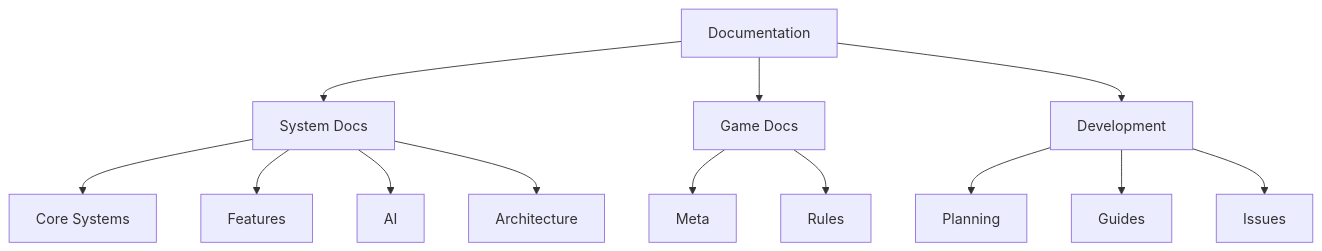
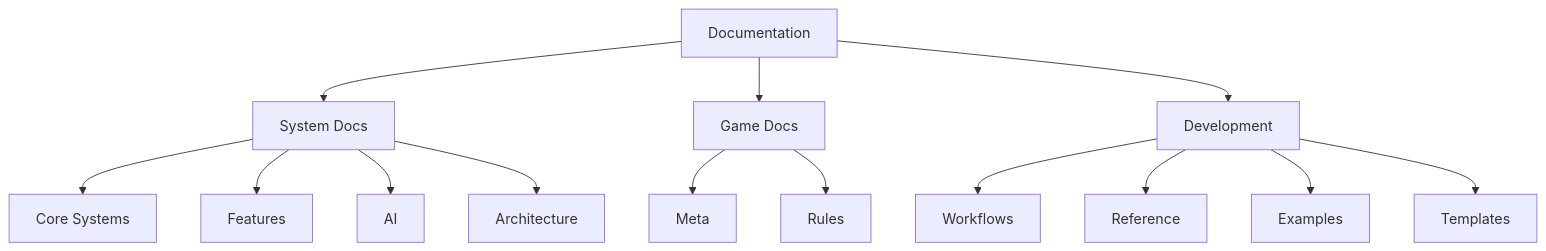
Before and after one commit to jerseycheese/BootHillGM: the diagram in Docs/index.md, drawn with Mermaid. The commit also changed other lines of this file and 35 other files, not shown here.

````diff
--- a/Docs/index.md
+++ b/Docs/index.md
@@ -85,15 +85,16 @@
 ```mermaid
 graph TD
     A[Documentation] --> B[System Docs]
     A --> C[Game Docs]
     A --> D[Development]
     B --> E[Core Systems]
     B --> F[Features]
     B --> G[AI]
     B --> H[Architecture]
     C --> I[Meta]
     C --> J[Rules]
-    D --> K[Planning]
-    D --> L[Guides]
-    D --> M[Issues]
+    D --> K[Workflows]
+    D --> L[Reference]
+    D --> M[Examples]
+    D --> N[Templates]
 ```
````
